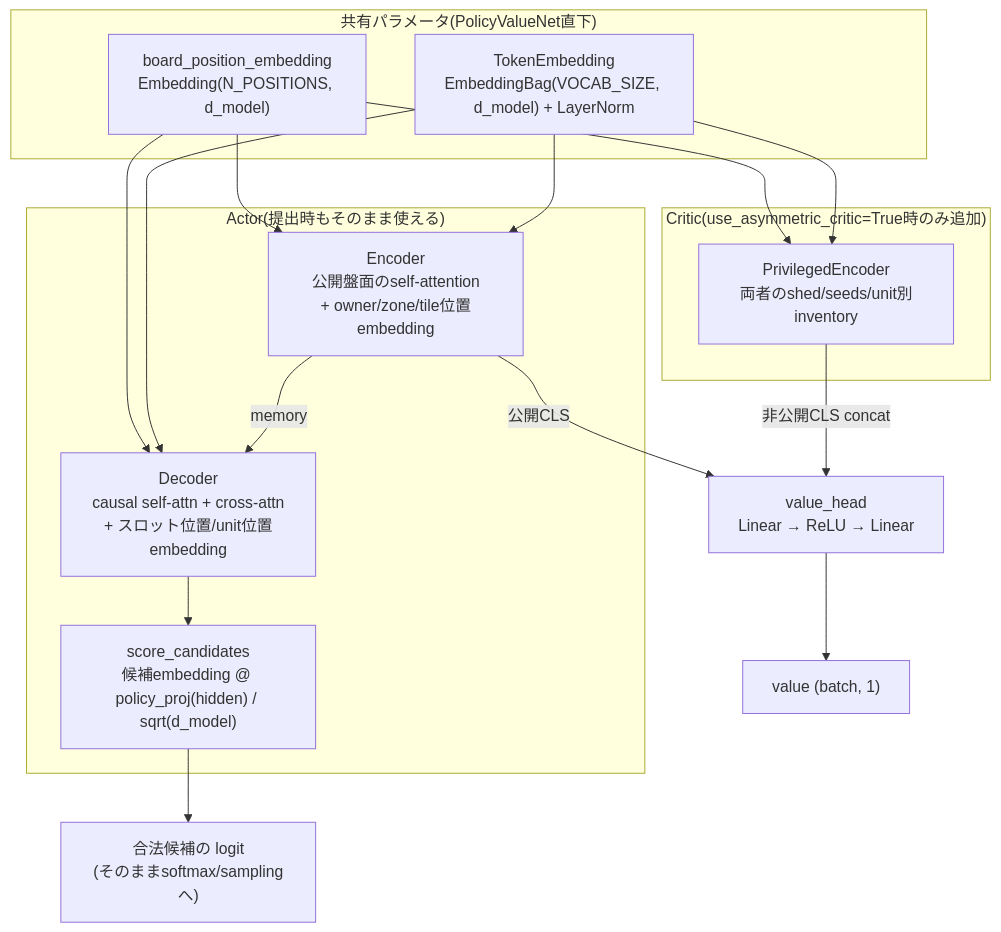
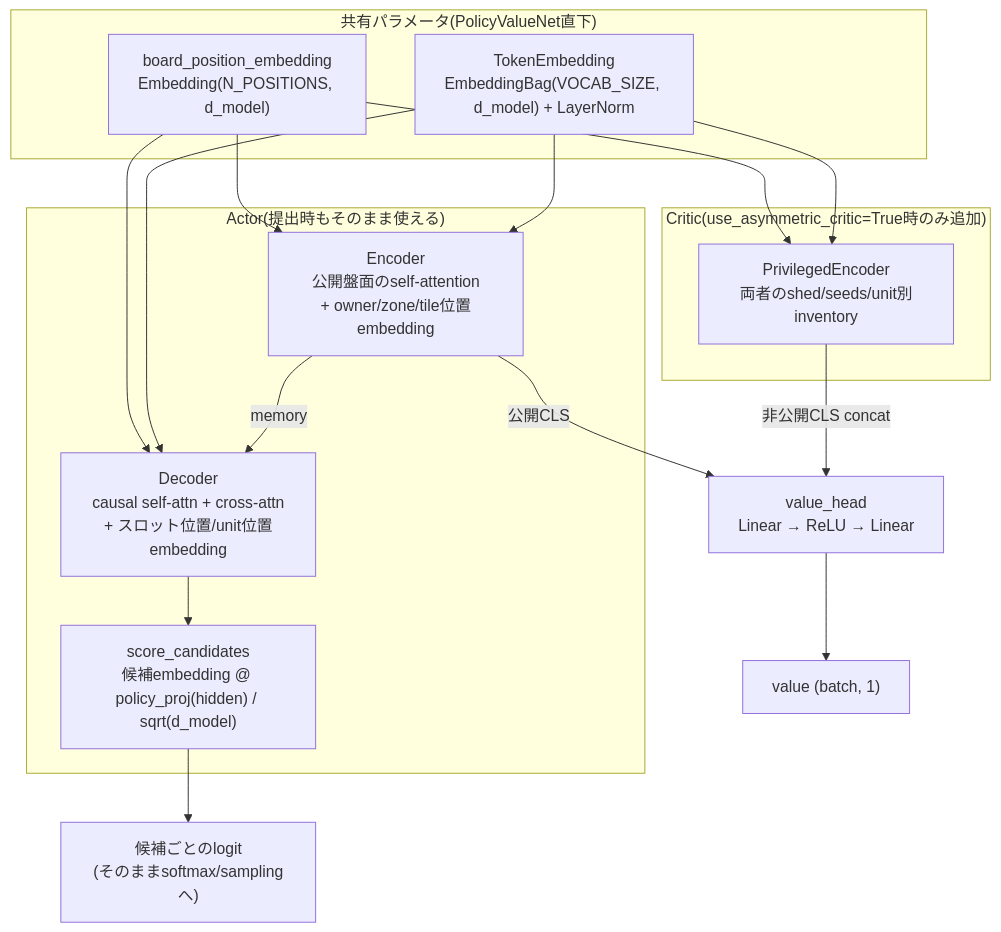
One commit to atsushi11o7/kaggriculture changed the second of 3 diagrams in src/kaggriculture/policy/README.md. Above: the diagram before and after it, drawn with Mermaid. The commit also changed other lines of this file and 4 other files, not shown here.

````diff
--- a/src/kaggriculture/policy/README.md
+++ b/src/kaggriculture/policy/README.md
@@ -72,35 +72,35 @@
 ```mermaid
 flowchart TB
     subgraph SHARED["共有パラメータ(PolicyValueNet直下)"]
         TE["TokenEmbedding\nEmbeddingBag(VOCAB_SIZE, d_model) + LayerNorm"]
         BPE["board_position_embedding\nEmbedding(N_POSITIONS, d_model)"]
     end
 
     subgraph ACTOR["Actor(提出時もそのまま使える)"]
         ENC["Encoder\n公開盤面のself-attention\n+ owner/zone/tile位置embedding"]
         DEC["Decoder\ncausal self-attn + cross-attn\n+ スロット位置/unit位置embedding"]
         SCAND["score_candidates\n候補embedding @ policy_proj(hidden) / sqrt(d_model)"]
         ENC -->|"memory"| DEC
         DEC --> SCAND
     end
 
     subgraph CRITIC["Critic(use_asymmetric_critic=True時のみ追加)"]
         PENC["PrivilegedEncoder\n両者のshed/seeds/unit別inventory"]
     end
 
     VH["value_head\nLinear → ReLU → Linear"]
 
     TE --> ENC
     TE --> DEC
     TE --> PENC
     BPE --> ENC
     BPE --> DEC
     BPE --> PENC
 
     ENC -->|"公開CLS"| VH
     PENC -->|"非公開CLS concat"| VH
 
-    ACTIONOUT["合法候補の logit\n(そのままsoftmax/samplingへ)"]
+    ACTIONOUT["候補ごとのlogit\n(そのままsoftmax/samplingへ)"]
     SCAND --> ACTIONOUT
     VH --> VALUEOUT["value (batch, 1)"]
 ```
````
